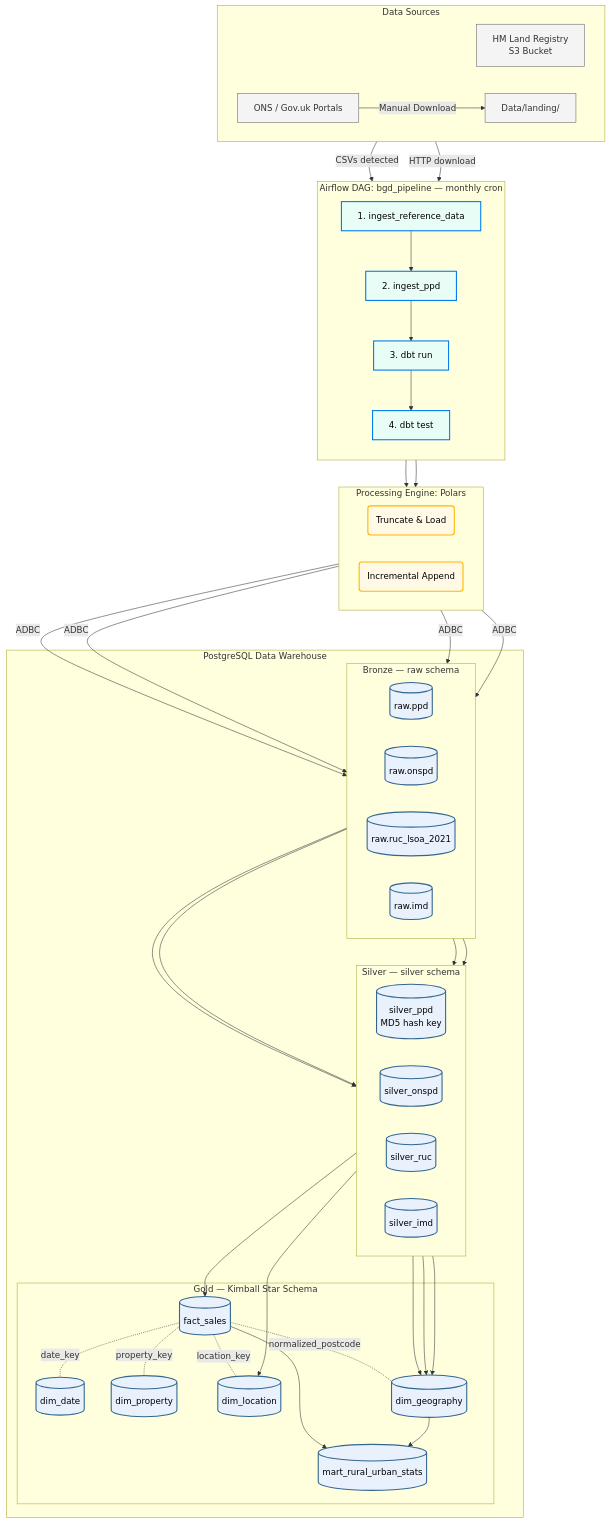
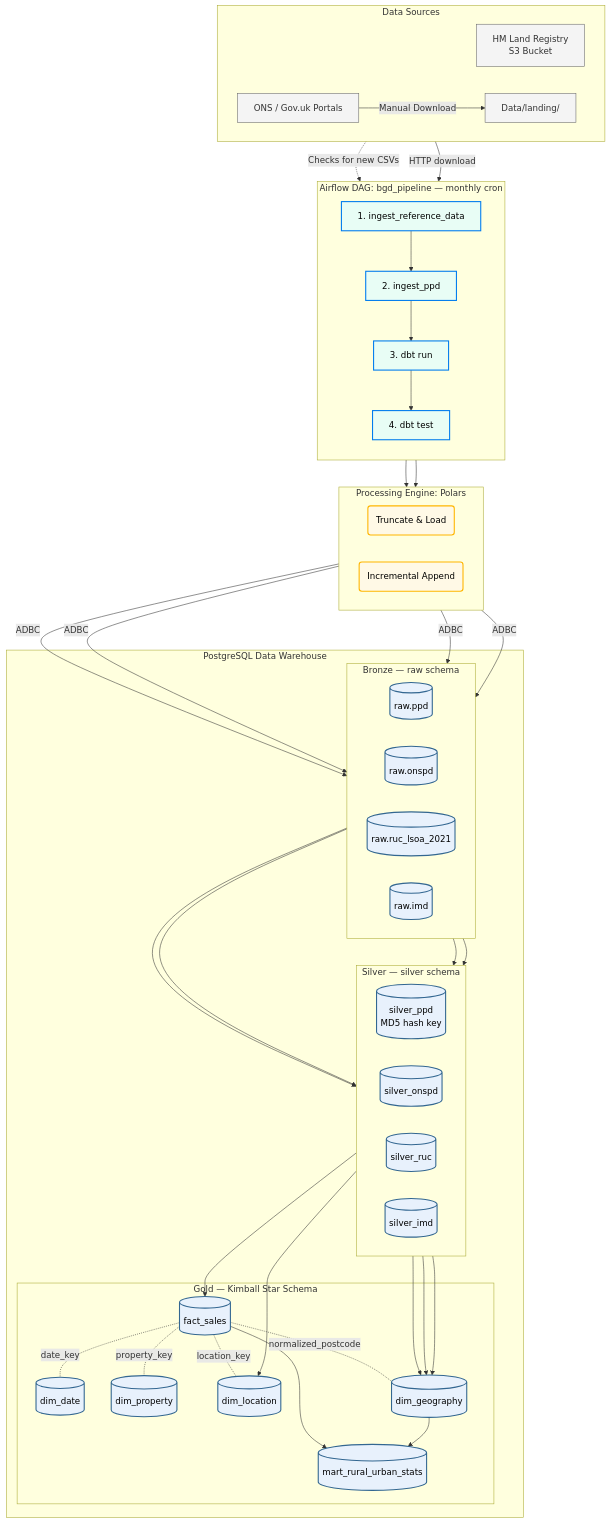
Before and after one commit to mjacobik/uk-property-data-warehouse: the diagram in README.md, drawn with Mermaid. The commit also changed other lines of this file and 1 other file, not shown here.

Commit message:
test(dbt): introduce schema constraints and data quality testing

```diff
--- a/README.md
+++ b/README.md
@@ -68,7 +68,7 @@
         PPPD("Incremental Append"):::polars
     end
 
-    LAND -->|CSVs detected| T1
+    LAND -.->|Checks for new CSVs| T1
     T1 --> PRef
     GOV -->|HTTP download| T2
     T2 --> PPPD
```
